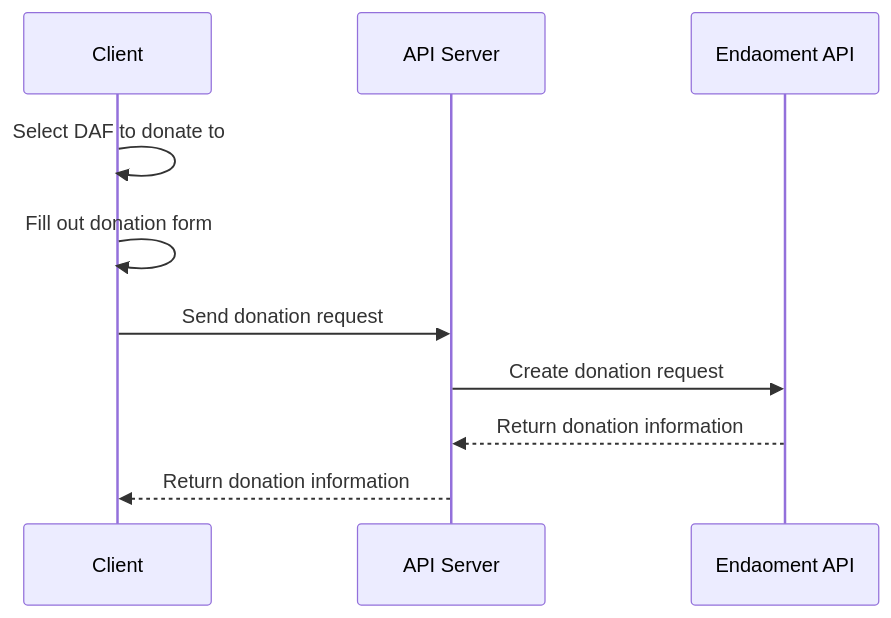
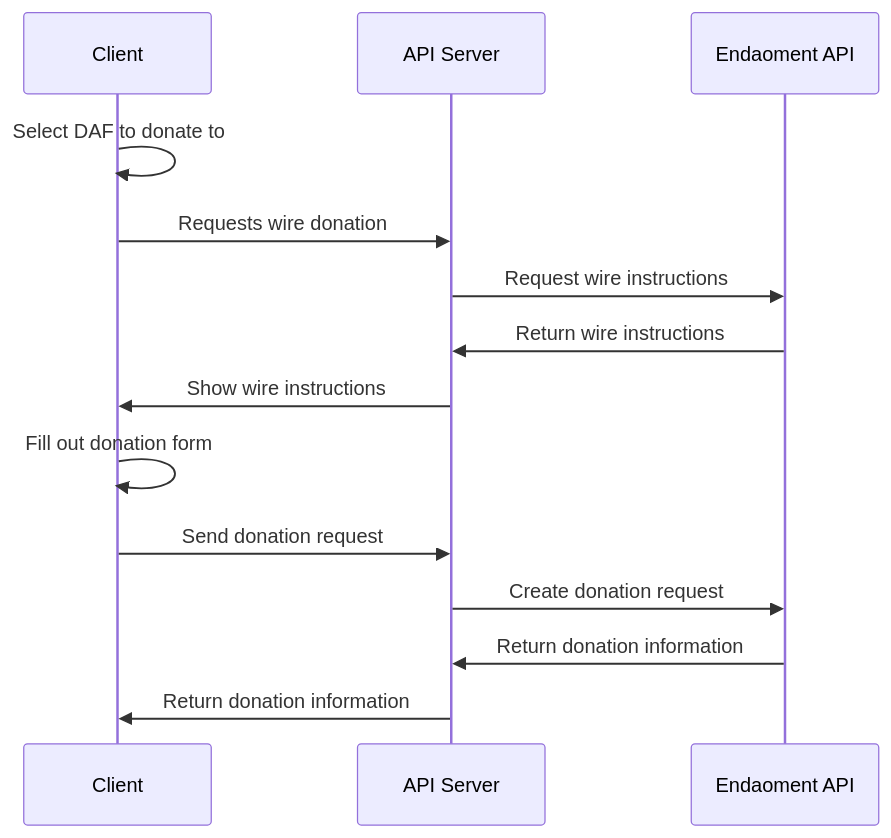
The diagram in docs/donate-to-daf.md (mykcryptodev/endaoment-integration-docs), drawn with Mermaid before and after one commit. The commit also changed other lines of this file and 4 other files, not shown here.

First line of the commit message:
Wire Cash Donation Doc (#2)

````diff
--- a/docs/donate-to-daf.md
+++ b/docs/donate-to-daf.md
@@ -16,13 +20,17 @@
 ```mermaid
 sequenceDiagram
     participant C as Client
     participant S as API Server
     participant N as Endaoment API
 
     C->>C: Select DAF to donate to
+    C->>S: Requests wire donation
+    S->>N: Request wire instructions
+    N->>S: Return wire instructions
+    S->>C: Show wire instructions
     C->>C: Fill out donation form
     C->>S: Send donation request
     S->>N: Create donation request
-    N-->>S: Return donation information
-    S-->>C: Return donation information
+    N->>S: Return donation information
+    S->>C: Return donation information
 ```
````
